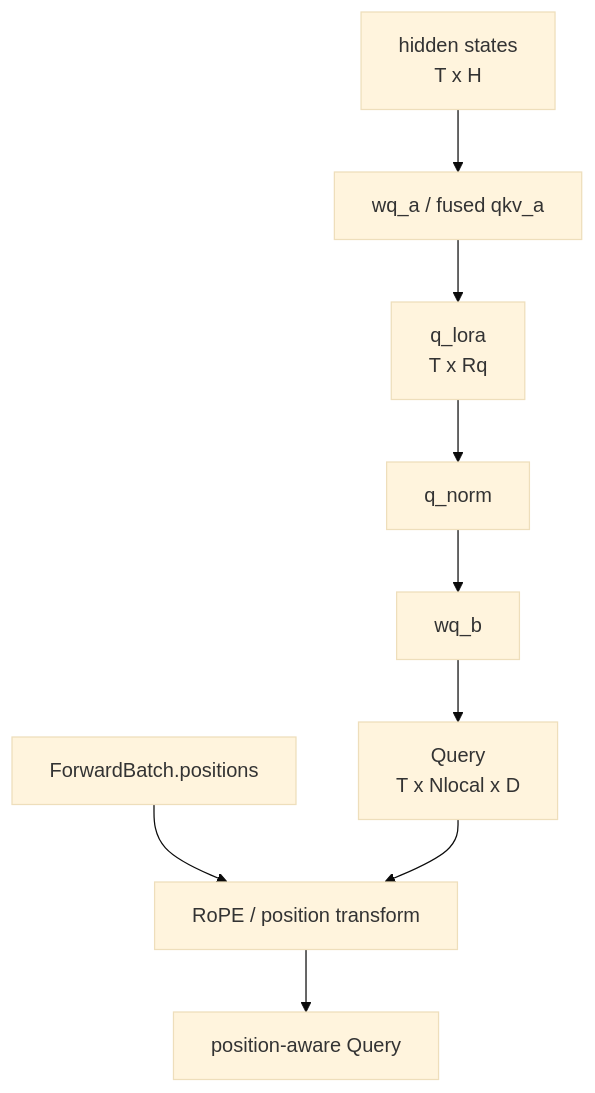
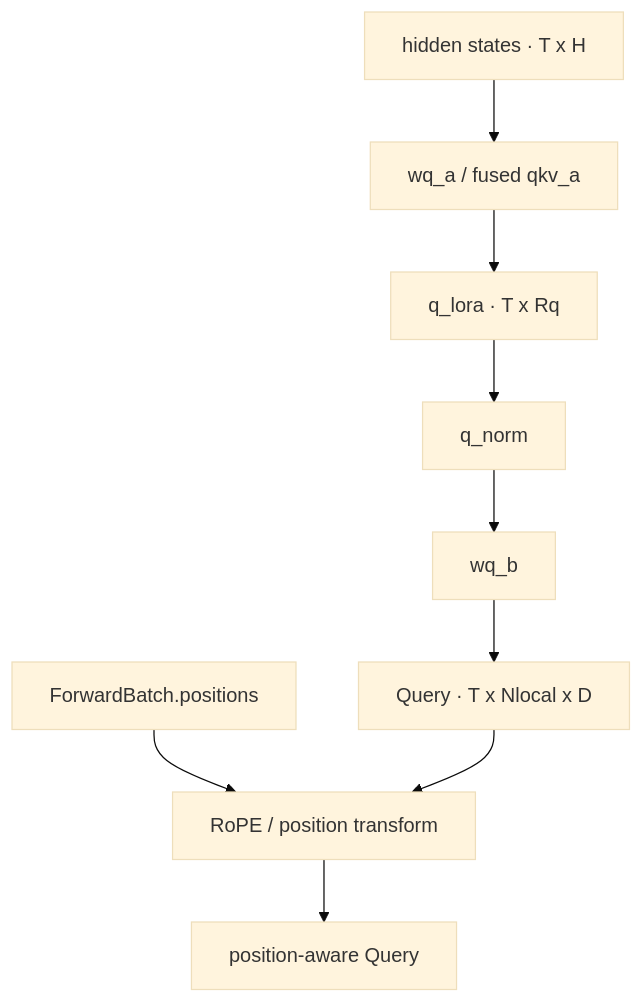
One commit to AkiYangDev/llm-inference-notes changed the first of 4 diagrams in docs/sglang/deepseek-v4-attention-source-analysis.md. Above: the diagram before and after it, drawn with Mermaid (base theme). The commit also changed other lines of this file and 44 other files, not shown here.

```diff
--- a/docs/sglang/deepseek-v4-attention-source-analysis.md
+++ b/docs/sglang/deepseek-v4-attention-source-analysis.md
@@ -178,13 +159,13 @@
 ~~~mermaid
 flowchart TD
-    X[hidden states<br/>T x H]
+    X[hidden states · T x H]
     X --> QA[wq_a / fused qkv_a]
-    QA --> QL[q_lora<br/>T x Rq]
+    QA --> QL[q_lora · T x Rq]
     QL --> QN[q_norm]
     QN --> QB[wq_b]
-    QB --> Q[Query<br/>T x Nlocal x D]
+    QB --> Q[Query · T x Nlocal x D]
 
     P[ForwardBatch.positions] --> R[RoPE / position transform]
     Q --> R
     R --> QR[position-aware Query]
 ~~~
```
